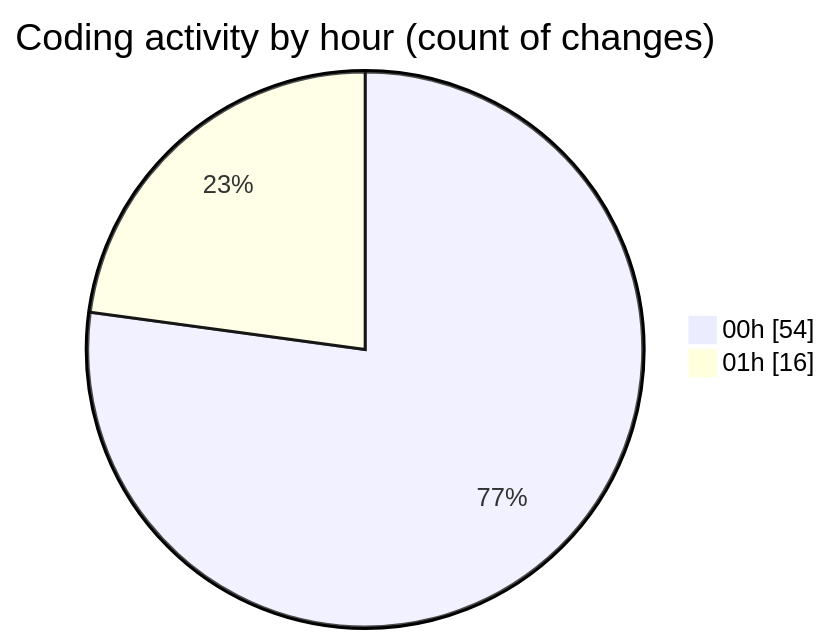
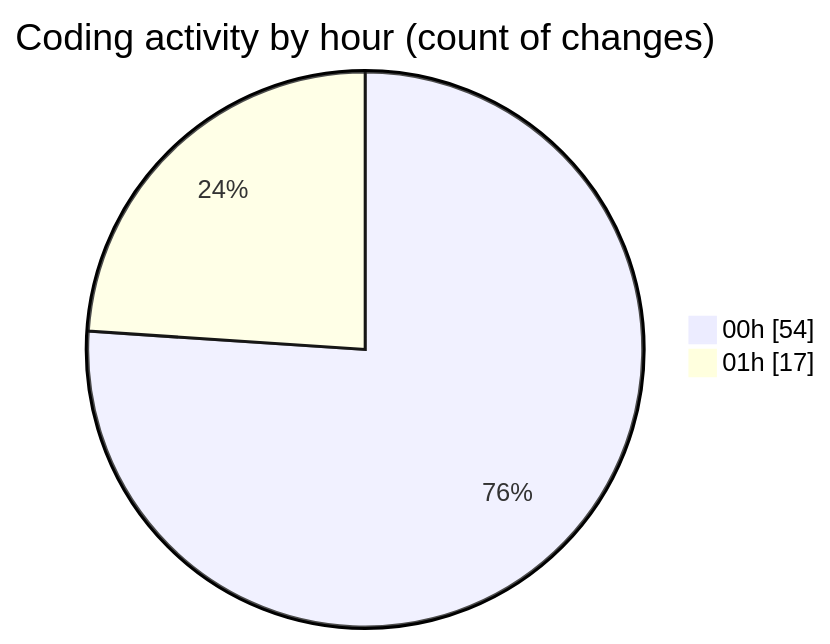
One commit to lephambinh05/code-tracking changed the second of 2 diagrams in 2025-07-26/quanlyrapchieuphim-1/README.md. Above: the diagram before and after it, drawn with Mermaid. The commit also changed other lines of this file and 1 other file, not shown here.

````diff
--- a/2025-07-26/quanlyrapchieuphim-1/README.md
+++ b/2025-07-26/quanlyrapchieuphim-1/README.md
@@ -34,6 +34,6 @@
 ```mermaid
 pie showData
 title Coding activity by hour (count of changes)
 "00h" : 54
-"01h" : 16
+"01h" : 17
 ```
````
